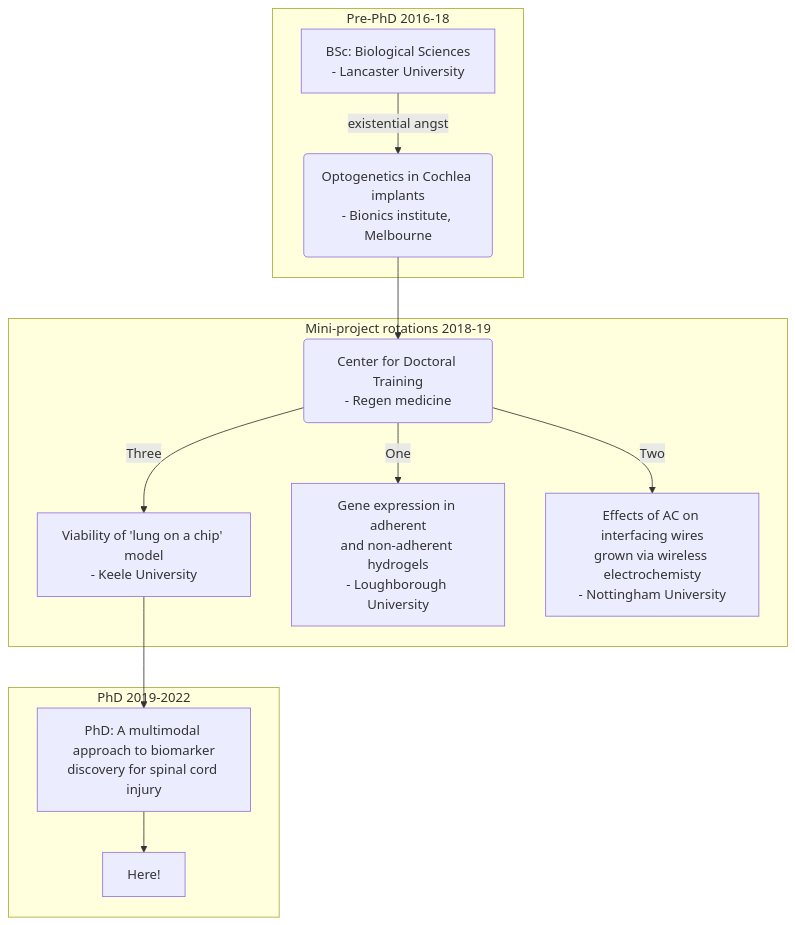
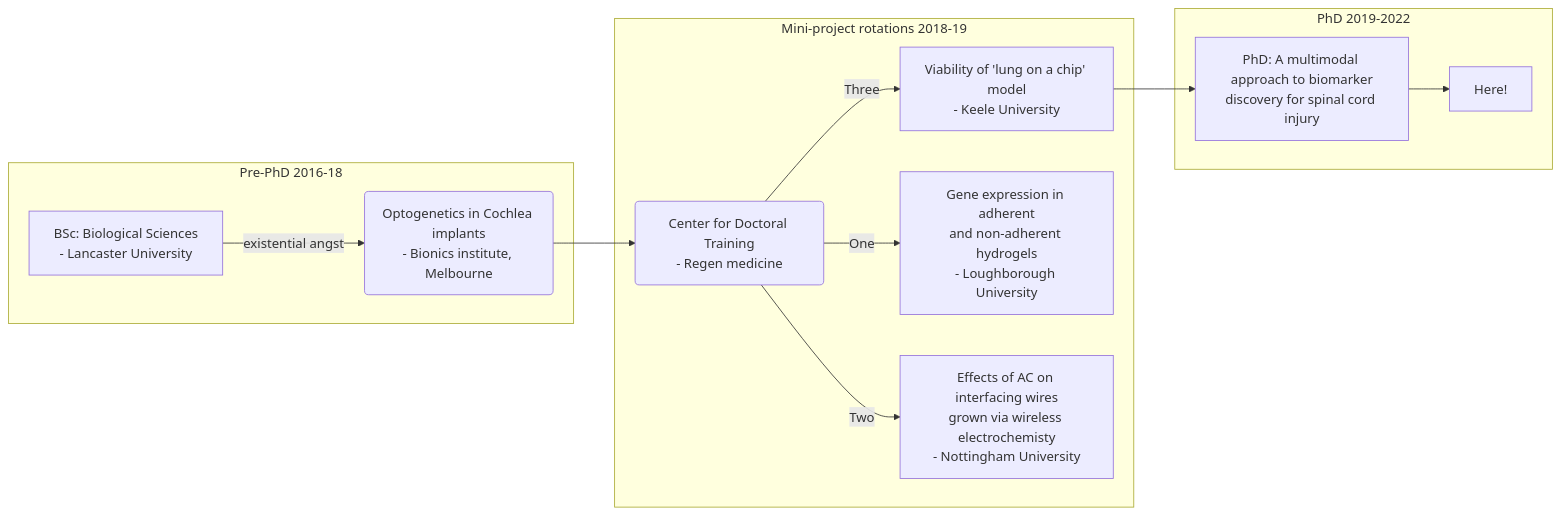
One commit to H-Mateus/presentations changed the diagram in dri-ecr-talk_2022-10-25/index.qmd. Above: the diagram before and after it, drawn with Mermaid. The commit also changed other lines of this file and 44 other files, not shown here.

````diff
--- a/dri-ecr-talk_2022-10-25/index.qmd
+++ b/dri-ecr-talk_2022-10-25/index.qmd
@@ -118,18 +118,18 @@
 ```{mermaid}
-%%| fig-width: 9.5
-%%| fig-height: 6.5
-graph TD
+%%| fig-width: 9.0
+%%| fig-height: 6.0
+graph LR
     F-->A2
     subgraph Pre-PhD 2016-18
         A[BSc: Biological Sciences<br>- Lancaster University] -->|existential angst| B(Optogenetics in Cochlea implants<br>- Bionics institute, Melbourne)
     end
     subgraph Mini-project rotations 2018-19
         B --> C(Center for Doctoral Training<br>- Regen medicine)
         C -->|One| D[Gene expression in adherent<br>and non-adherent hydrogels<br>- Loughborough University]
         C -->|Two| E[Effects of AC on interfacing wires<br>grown via wireless electrochemisty<br>- Nottingham University]
         C -->|Three| F[Viability of 'lung on a chip' model<br>- Keele University]
     end
     subgraph PhD 2019-2022
         A2[PhD: A multimodal approach to biomarker<br>discovery for spinal cord injury]-->B2[Here!]
     end
 ```
````
